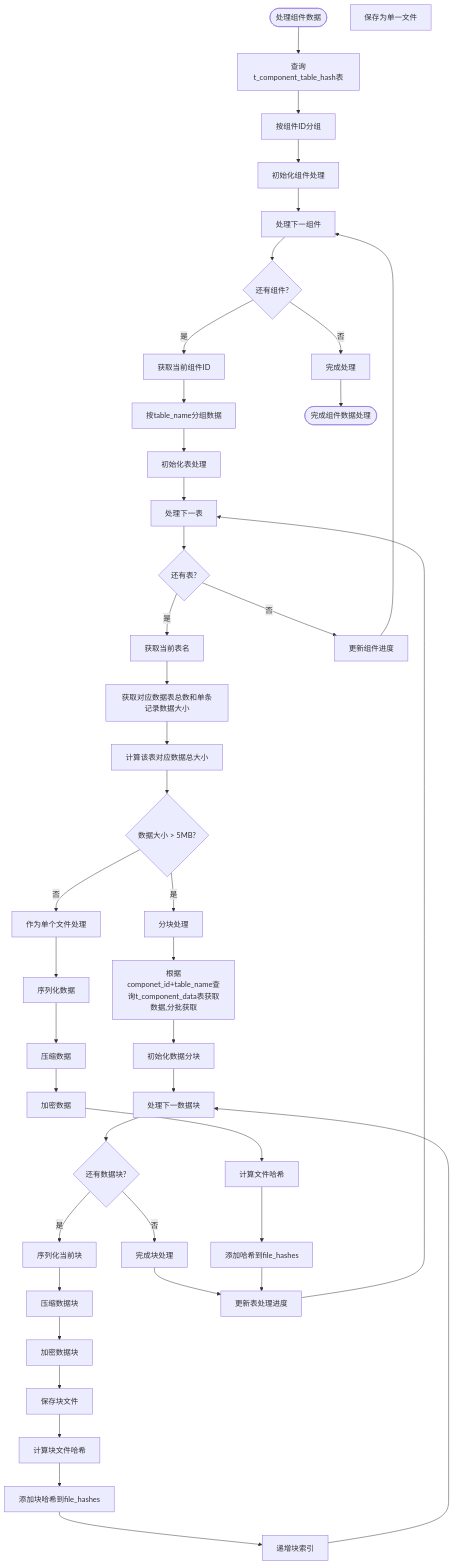
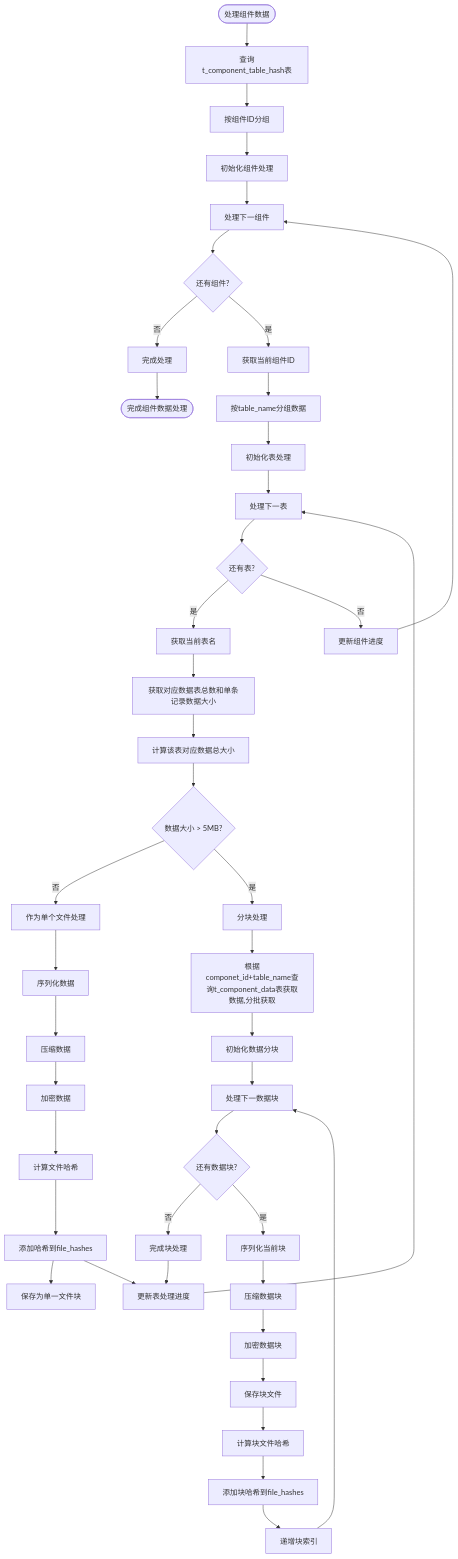
The diagram in all/未命名-56.md (yingjianzh/iodraw-files), drawn with Mermaid before and after one commit.

Commit message:
2025-05-12 14:38:43 update

````diff
--- a/all/未命名-56.md
+++ b/all/未命名-56.md
@@ -1,62 +1,62 @@
 ```mermaid
 
 flowchart TD
     Start([处理组件数据]) --> QueryDB[查询t_component_table_hash表]
     QueryDB --> GroupByComp[按组件ID分组]
     GroupByComp --> InitCompProcess[初始化组件处理]
     
     InitCompProcess --> ProcessNextComp[处理下一组件]
     ProcessNextComp --> MoreComps{还有组件?}
     MoreComps -->|否| CompleteProcess[完成处理]
     MoreComps -->|是| GetCompID[获取当前组件ID]
     
     GetCompID --> GroupByTable[按table_name分组数据]
     GroupByTable --> InitTableProcess[初始化表处理]
     
     InitTableProcess --> ProcessNextTable[处理下一表]
     ProcessNextTable --> MoreTables{还有表?}
 
     MoreTables -->|是| GetTableName[获取当前表名]
     MoreTables -->|否| UpdateCompProgress[更新组件进度]
     
     UpdateCompProgress --> ProcessNextComp
     
     GetTableName --> CheckDataSize[获取对应数据表总数和单条记录数据大小]
     CheckDataSize --> TotalSize[计算该表对应数据总大小]
 
     TotalSize --> DataSize{数据大小 > 5MB?}
    
     DataSize -->|否| ProcessSingleFile[作为单个文件处理]
     DataSize -->|是| ProcessMultipleChunks[分块处理]
 
     ProcessMultipleChunks --> QueryTableData[根据componet_id+table_name查询t_component_data表获取数据,分批获取]
     
     ProcessSingleFile --> SerializeData[序列化数据]
     SerializeData --> CompressData[压缩数据]
     CompressData --> EncryptData[加密数据]
     EncryptData --> CalcFileHash[计算文件哈希]
     CalcFileHash --> AddToFileHashes[添加哈希到file_hashes]
-    SaveSingleFile[保存为单一文件]
+    AddToFileHashes --> SaveSingleFile[保存为单一文件块]
 
     QueryTableData --> InitChunks[初始化数据分块]
     InitChunks --> ProcessNextChunk[处理下一数据块]
     
     ProcessNextChunk --> MoreChunks{还有数据块?}
     MoreChunks -->|否| CompleteChunks[完成块处理]
     MoreChunks -->|是| SerializeChunk[序列化当前块]
     
     SerializeChunk --> CompressChunk[压缩数据块]
     CompressChunk --> EncryptChunk[加密数据块]
     EncryptChunk --> SaveChunkFile[保存块文件]
     SaveChunkFile --> CalcChunkHash[计算块文件哈希]
     CalcChunkHash --> AddChunkHash[添加块哈希到file_hashes]
     AddChunkHash --> IncrementChunkIndex[递增块索引]
     IncrementChunkIndex --> ProcessNextChunk
     
     CompleteChunks --> UpdateTableProgress[更新表处理进度]
     AddToFileHashes --> UpdateTableProgress
     UpdateTableProgress --> ProcessNextTable
     
     CompleteProcess --> End([完成组件数据处理])
 
 ```
````
